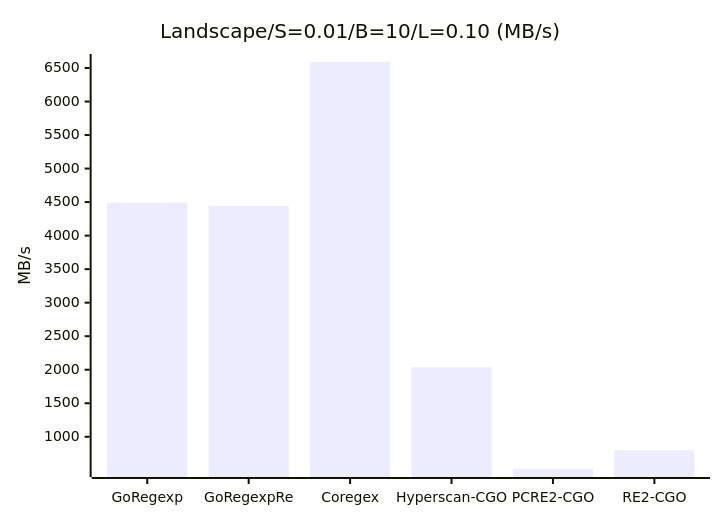
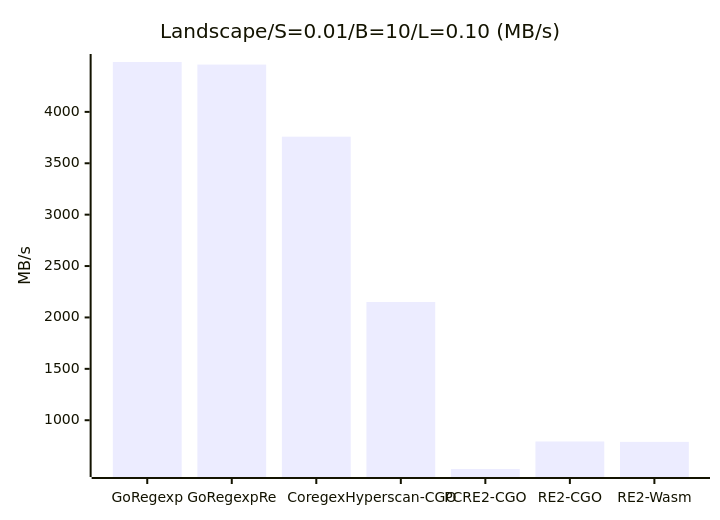
Before and after one commit to kamichidu/go-regexp-re: the tenth of 47 diagrams in _benchmark_results/cgo_engines.md, drawn with Mermaid. The commit also changed other lines of this file and 1 other file, not shown here.

````diff
--- a/_benchmark_results/cgo_engines.md
+++ b/_benchmark_results/cgo_engines.md
@@ -187,7 +187,7 @@
 ```mermaid
 xychart-beta
     title "Landscape/S=0.01/B=10/L=0.10 (MB/s)"
-    x-axis ["GoRegexp", "GoRegexpRe", "Coregex", "Hyperscan-CGO", "PCRE2-CGO", "RE2-CGO"]
+    x-axis ["GoRegexp", "GoRegexpRe", "Coregex", "Hyperscan-CGO", "PCRE2-CGO", "RE2-CGO", "RE2-Wasm"]
     y-axis "MB/s"
-    bar [4489.23, 4440.59, 6589.39, 2036.17, 519.44, 797.43]
+    bar [4485.25, 4459.99, 3758.81, 2150.21, 525.46, 793.27, 789.36]
 ```
````
